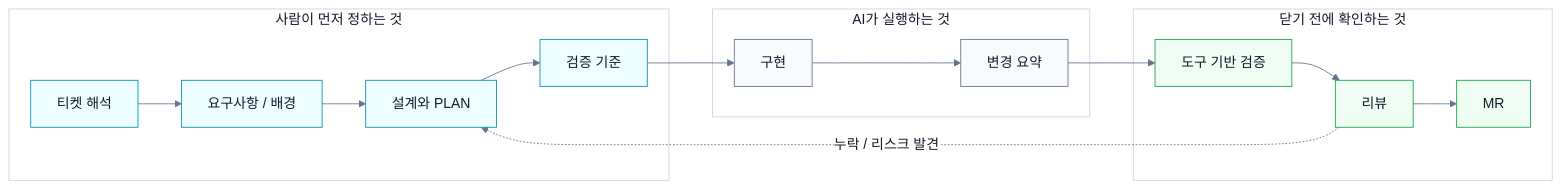
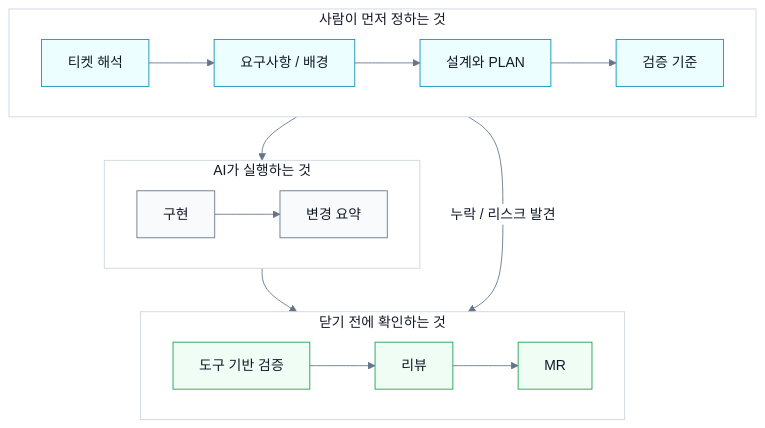
One commit to JeonJe/JeonJe.github.io changed the second of 3 diagrams in _posts/essay/2026-06-28-how-i-use-ai.md. Above: the diagram before and after it, drawn with Mermaid. The commit also changed other lines of this file, not shown here.

Commit message:
fix: AI 활용 글 mermaid 도식 세로 배치로 가독성 개선

````diff
--- a/_posts/essay/2026-06-28-how-i-use-ai.md
+++ b/_posts/essay/2026-06-28-how-i-use-ai.md
@@ -96,33 +97,36 @@
 ```mermaid
 %%{init: {"theme": "base", "themeVariables": {"background": "#ffffff", "mainBkg": "#ffffff", "primaryColor": "#ffffff", "primaryBorderColor": "#94a3b8", "primaryTextColor": "#111827", "lineColor": "#64748b", "clusterBkg": "#ffffff", "clusterBorder": "#cbd5e1"}}}%%
-flowchart LR
+flowchart TB
     subgraph Human["사람이 먼저 정하는 것"]
+        direction LR
         A["티켓 해석"] --> B["요구사항 / 배경"]
         B --> C["설계와 PLAN"]
         C --> D["검증 기준"]
     end
 
     subgraph AI["AI가 실행하는 것"]
+        direction LR
         E["구현"] --> F["변경 요약"]
     end
 
     subgraph Gate["닫기 전에 확인하는 것"]
+        direction LR
         G["도구 기반 검증"] --> H["리뷰"]
         H --> I["MR"]
     end
 
-    D --> E
-    F --> G
-    H -. "누락 / 리스크 발견" .-> C
+    Human --> AI
+    AI --> Gate
+    Human <-. "누락 / 리스크 발견" .- Gate
 
     classDef default fill:#ffffff,stroke:#94a3b8,color:#111827;
     classDef human fill:#ecfeff,stroke:#0891b2,color:#111827;
     classDef ai fill:#f8fafc,stroke:#64748b,color:#111827;
     classDef gate fill:#f0fdf4,stroke:#16a34a,color:#111827;
     class A,B,C,D human;
     class E,F ai;
     class G,H,I gate;
     style Human fill:#ffffff,stroke:#cbd5e1,color:#111827
     style AI fill:#ffffff,stroke:#cbd5e1,color:#111827
     style Gate fill:#ffffff,stroke:#cbd5e1,color:#111827
 ```
````
